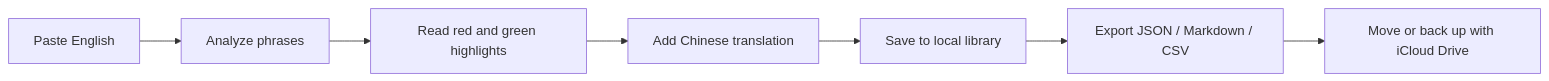
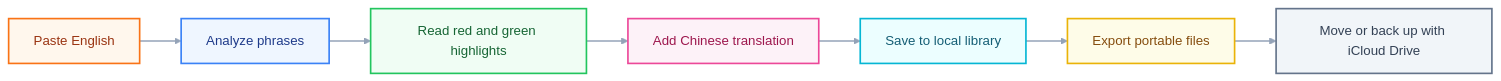
The diagram in README.md (yuukiLike/en-parse), drawn with Mermaid before and after one commit. The commit also changed other lines of this file and 1 other file, not shown here.

Commit message:
docs: add colorful flowcharts and Chinese README

````diff
--- a/README.md
+++ b/README.md
@@ -22,9 +24,27 @@
 ```mermaid
+%%{init: {'theme':'base','themeVariables':{'fontFamily':'Inter, ui-sans-serif, system-ui','lineColor':'#94a3b8','primaryTextColor':'#17211d'}}}%%
 flowchart LR
   Capture["Paste English"] --> Analyze["Analyze phrases"]
   Analyze --> Read["Read red and green highlights"]
   Read --> Translate["Add Chinese translation"]
   Translate --> Save["Save to local library"]
-  Save --> Export["Export JSON / Markdown / CSV"]
+  Save --> Export["Export portable files"]
   Export --> Sync["Move or back up with iCloud Drive"]
+
+  classDef capture fill:#fff7ed,stroke:#f97316,color:#9a3412,stroke-width:2px
+  classDef analyze fill:#eff6ff,stroke:#3b82f6,color:#1e3a8a,stroke-width:2px
+  classDef read fill:#f0fdf4,stroke:#22c55e,color:#166534,stroke-width:2px
+  classDef translate fill:#fdf2f8,stroke:#ec4899,color:#9d174d,stroke-width:2px
+  classDef save fill:#ecfeff,stroke:#06b6d4,color:#155e75,stroke-width:2px
+  classDef export fill:#fefce8,stroke:#eab308,color:#854d0e,stroke-width:2px
+  classDef sync fill:#f1f5f9,stroke:#64748b,color:#334155,stroke-width:2px
+
+  class Capture capture
+  class Analyze analyze
+  class Read read
+  class Translate translate
+  class Save save
+  class Export export
+  class Sync sync
+  linkStyle default stroke:#94a3b8,stroke-width:2px
 ```
````
